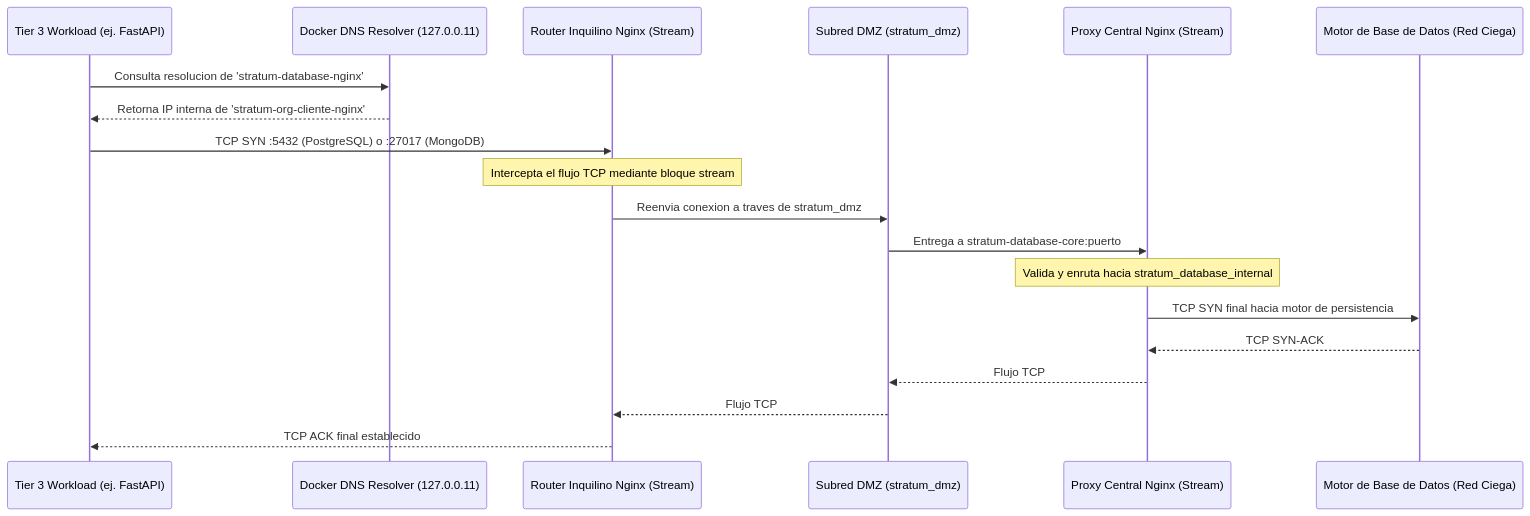
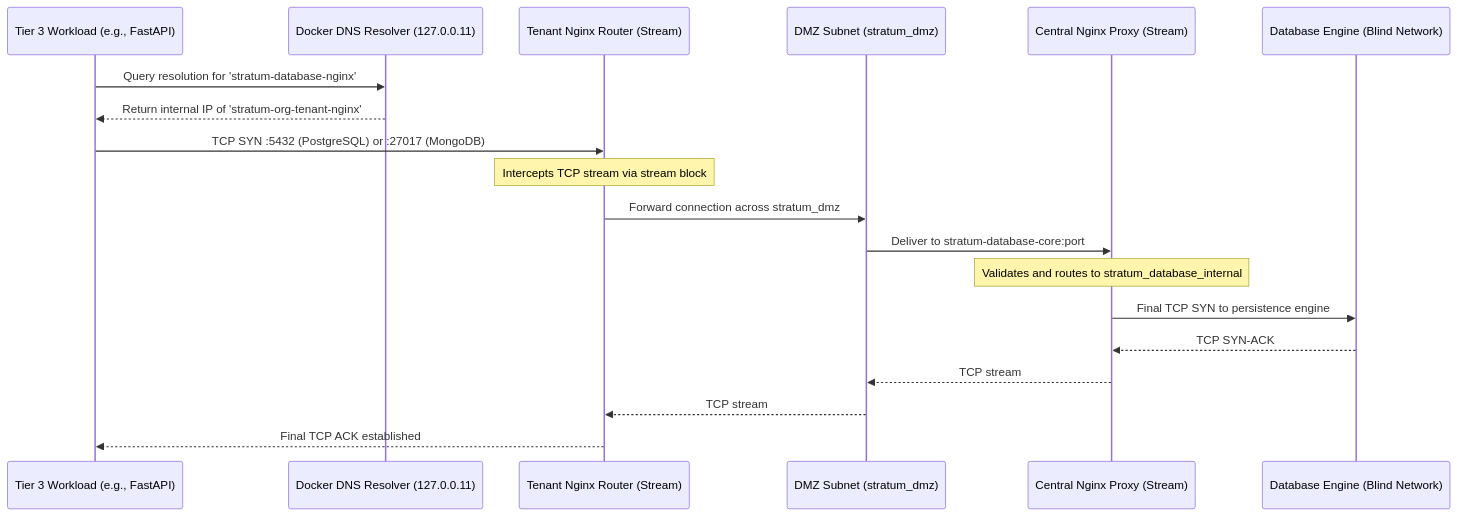
The second of 4 diagrams in ARCHITECTURE.md (isora-cloud-group/stratum-hub), drawn with Mermaid before and after one commit. The commit also changed other lines of this file and 7 other files, not shown here.

````diff
--- a/ARCHITECTURE.md
+++ b/ARCHITECTURE.md
@@ -52,22 +52,22 @@
 ```mermaid
 sequenceDiagram
-    participant W as Tier 3 Workload (ej. FastAPI)
+    participant W as Tier 3 Workload (e.g., FastAPI)
     participant DNS as Docker DNS Resolver (127.0.0.11)
-    participant ORG as Router Inquilino Nginx (Stream)
-    participant DMZ as Subred DMZ (stratum_dmz)
-    participant CORE as Proxy Central Nginx (Stream)
-    participant DB as Motor de Base de Datos (Red Ciega)
+    participant ORG as Tenant Nginx Router (Stream)
+    participant DMZ as DMZ Subnet (stratum_dmz)
+    participant CORE as Central Nginx Proxy (Stream)
+    participant DB as Database Engine (Blind Network)
 
-    W->>DNS: Consulta resolucion de 'stratum-database-nginx'
-    DNS-->>W: Retorna IP interna de 'stratum-org-cliente-nginx'
-    W->>ORG: TCP SYN :5432 (PostgreSQL) o :27017 (MongoDB)
-    Note over ORG: Intercepta el flujo TCP mediante bloque stream
-    ORG->>DMZ: Reenvia conexion a traves de stratum_dmz
-    DMZ->>CORE: Entrega a stratum-database-core:puerto
-    Note over CORE: Valida y enruta hacia stratum_database_internal
-    CORE->>DB: TCP SYN final hacia motor de persistencia
+    W->>DNS: Query resolution for 'stratum-database-nginx'
+    DNS-->>W: Return internal IP of 'stratum-org-tenant-nginx'
+    W->>ORG: TCP SYN :5432 (PostgreSQL) or :27017 (MongoDB)
+    Note over ORG: Intercepts TCP stream via stream block
+    ORG->>DMZ: Forward connection across stratum_dmz
+    DMZ->>CORE: Deliver to stratum-database-core:port
+    Note over CORE: Validates and routes to stratum_database_internal
+    CORE->>DB: Final TCP SYN to persistence engine
     DB-->>CORE: TCP SYN-ACK
-    CORE-->>DMZ: Flujo TCP
-    DMZ-->>ORG: Flujo TCP
-    ORG-->>W: TCP ACK final establecido
+    CORE-->>DMZ: TCP stream
+    DMZ-->>ORG: TCP stream
+    ORG-->>W: Final TCP ACK established
 ```
````
